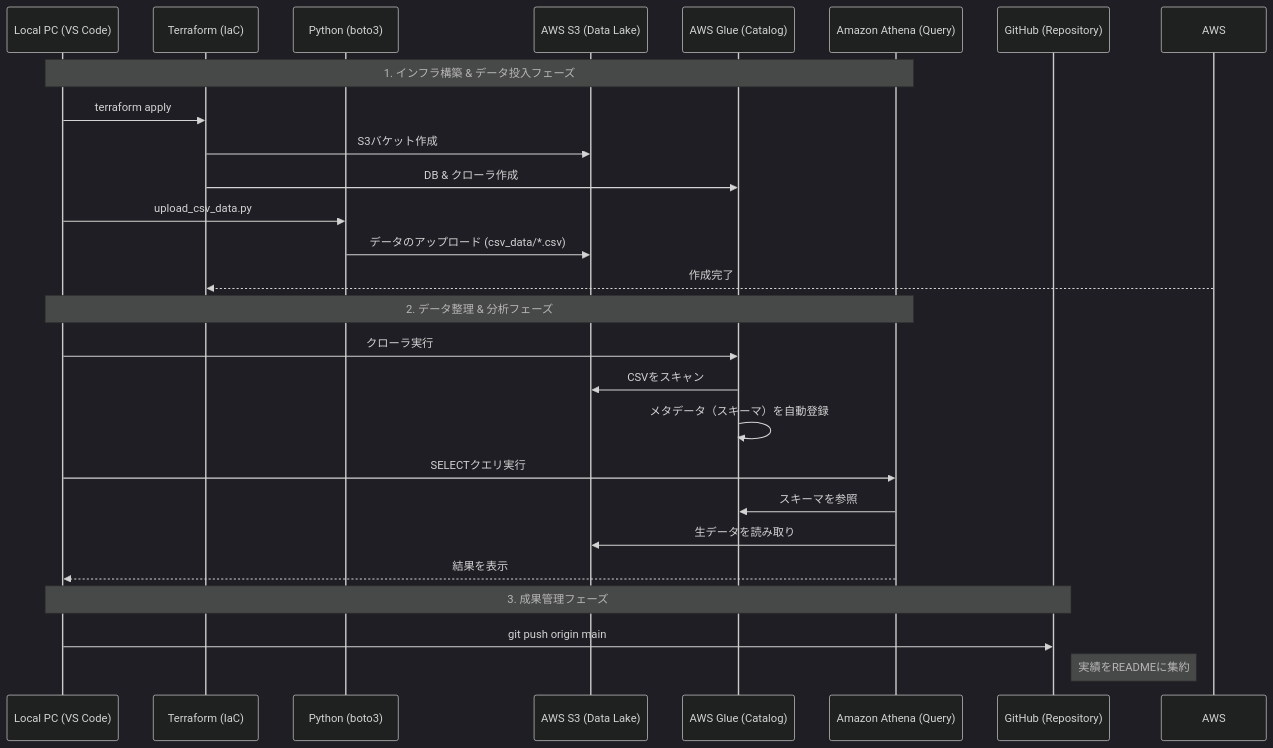
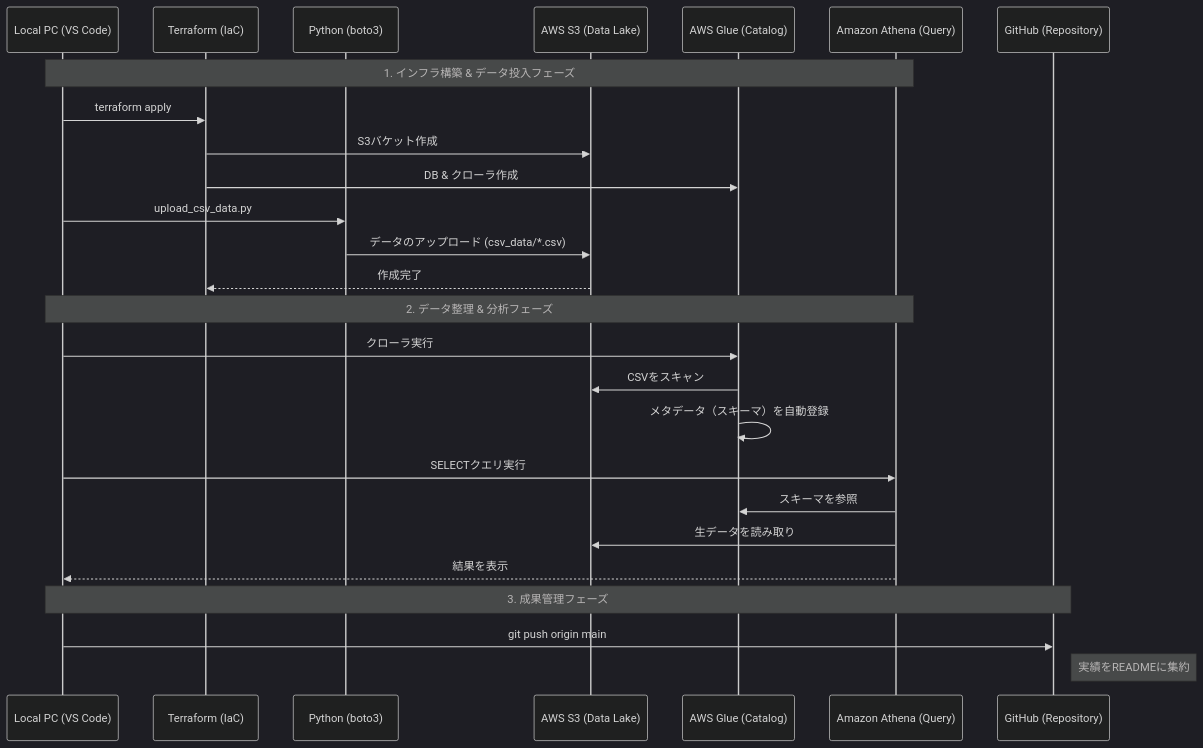
The diagram in 01_DEA/README.md (kou-sato-ds/Mastering-DS-ML-Engineering), drawn with Mermaid (dark theme) before and after one commit. The commit also changed other lines of this file, not shown here.

Commit message:
fix: Finalizing README with correct image paths

````diff
--- a/01_DEA/README.md
+++ b/01_DEA/README.md
@@ -31,31 +31,33 @@
 ```mermaid
 sequenceDiagram
-    participant PC as Local PC (VS Code)
-    participant TF as Terraform (IaC)
-    participant PY as Python (boto3)
-    participant S3 as AWS S3 (Data Lake)
+    participant PC as Local PC (VS Code)
+    participant TF as Terraform (IaC)
+    participant PY as Python (boto3)
+    participant S3 as AWS S3 (Data Lake)
     participant Glue as AWS Glue (Catalog)
     participant Athena as Amazon Athena (Query)
-    participant GH as GitHub (Repository)
+    participant GH as GitHub (Repository)
 
-    Note over PC, Athena: 1. インフラ構築 & データ投入フェーズ
-    PC->>TF: terraform apply
-    TF->>S3: S3バケット作成
+    Note over PC, Athena: 1. インフラ構築 & データ投入フェーズ
+    PC->>TF: terraform apply
+    TF->>S3: S3バケット作成
     TF->>Glue: DB & クローラ作成
-    PC->>PY: upload_csv_data.py
-    PY->>S3: データのアップロード (csv_data/*.csv)
-    AWS-->>TF: 作成完了
+    PC->>PY: upload_csv_data.py
+    PY->>S3: データのアップロード (csv_data/*.csv)
+    
+    # 修正箇所:定義済みのS3からTFへ矢印を向ける
+    S3-->>TF: 作成完了
 
-    Note over PC, Athena: 2. データ整理 & 分析フェーズ
-    PC->>Glue: クローラ実行
-    Glue->>S3: CSVをスキャン
+    Note over PC, Athena: 2. データ整理 & 分析フェーズ
+    PC->>Glue: クローラ実行
+    Glue->>S3: CSVをスキャン
     Glue->>Glue: メタデータ（スキーマ）を自動登録
     PC->>Athena: SELECTクエリ実行
     Athena->>Glue: スキーマを参照
     Athena->>S3: 生データを読み取り
     Athena-->>PC: 結果を表示
 
-    Note over PC, GH: 3. 成果管理フェーズ
-    PC->>GH: git push origin main
-    Note right of GH: 実績をREADMEに集約
+    Note over PC, GH: 3. 成果管理フェーズ
+    PC->>GH: git push origin main
+    Note right of GH: 実績をREADMEに集約
 ```
````
